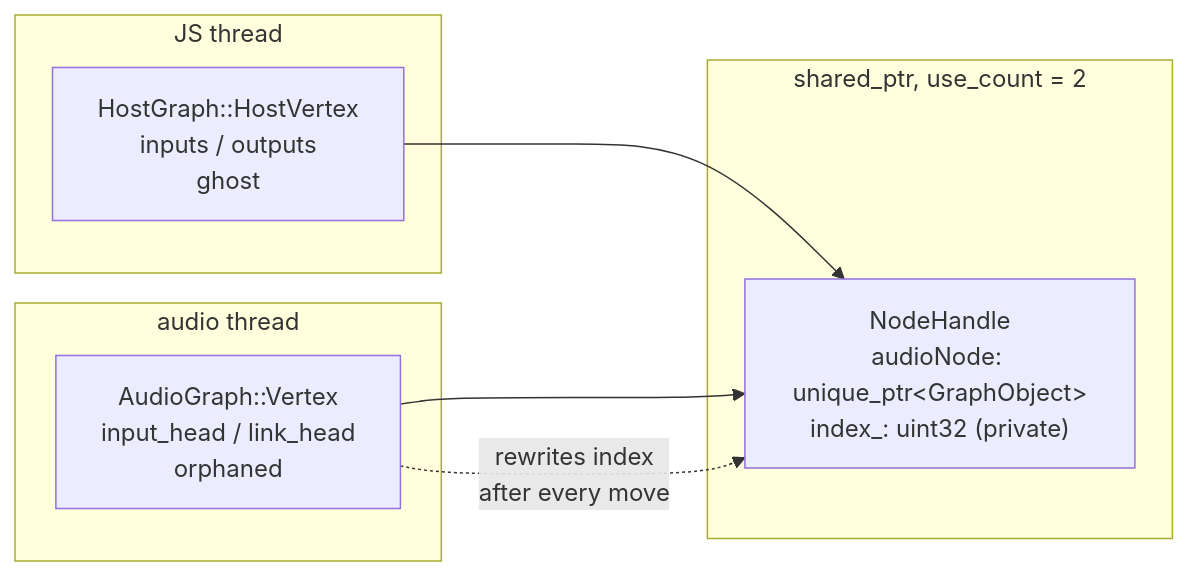
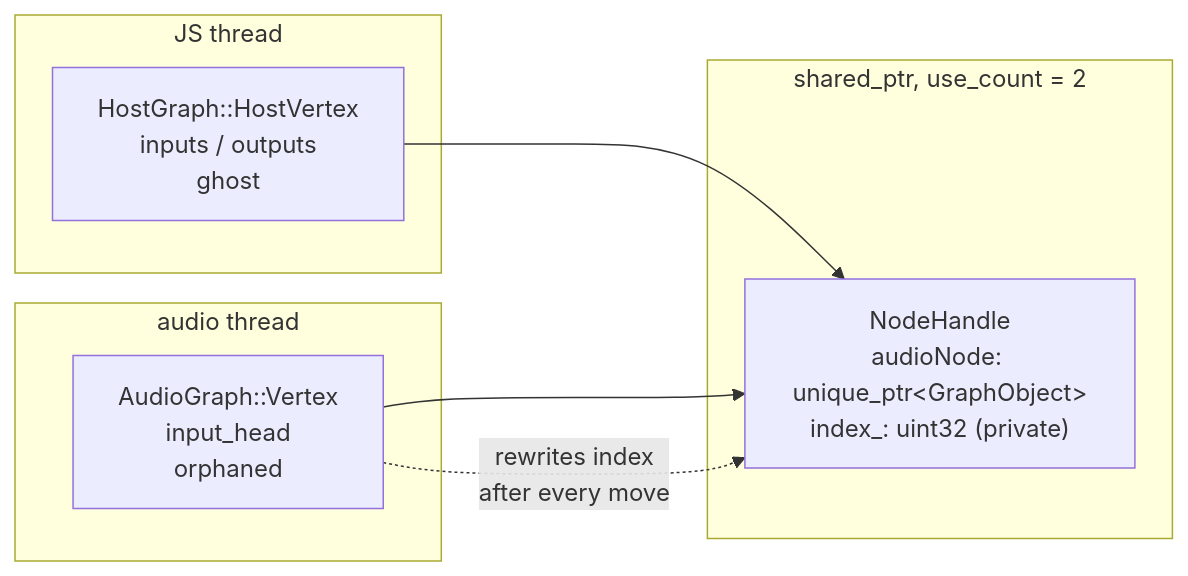
Before and after one commit to software-mansion/react-native-audio-api: the first of 11 diagrams in packages/internaldocs/docs/graph/graph-implementation.mdx, drawn with Mermaid. The commit also changed other lines of this file and 32 other files, not shown here.

Commit message:
fix: restructure whole graph to match the delay node more precisely

````diff
--- a/packages/internaldocs/docs/graph/graph-implementation.mdx
+++ b/packages/internaldocs/docs/graph/graph-implementation.mdx
@@ -39,15 +39,15 @@
 ```mermaid
 flowchart LR
   subgraph JS["JS thread"]
     HN["HostGraph::HostVertex<br/>inputs / outputs<br/>ghost"]
   end
   subgraph shared["shared_ptr, use_count = 2"]
     H["NodeHandle<br/>audioNode: unique_ptr&lt;GraphObject&gt;<br/>index_: uint32 (private)"]
   end
   subgraph audio["audio thread"]
-    AN["AudioGraph::Vertex<br/>input_head / link_head<br/>orphaned"]
+    AN["AudioGraph::Vertex<br/>input_head<br/>orphaned"]
   end
   HN --> H
   AN --> H
   AN -. "rewrites index<br/>after every move" .-> H
 ```
````
